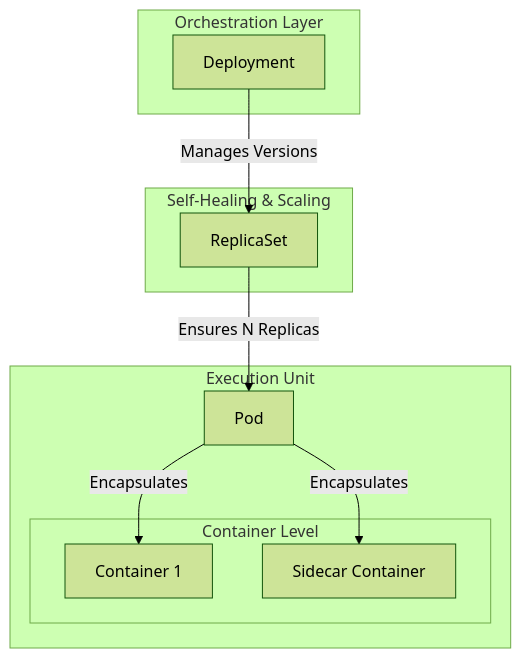
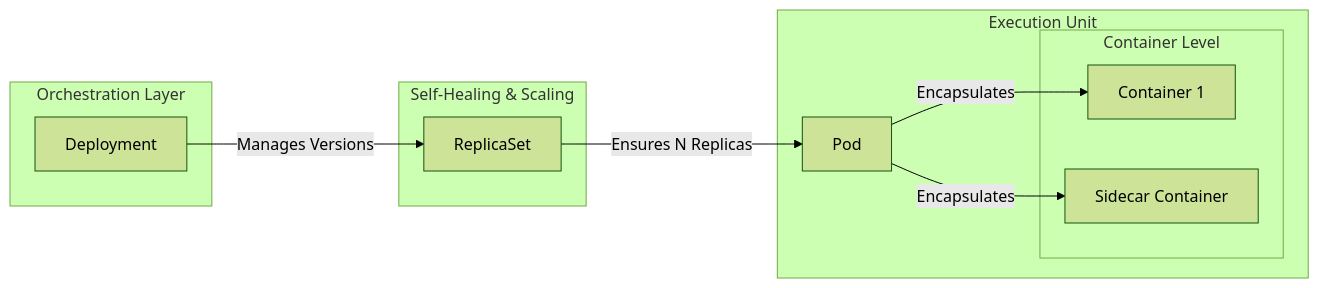
The first of 8 diagrams in 02-pods-fundamentals/2.1_Pod_Basics.md (Aravind-devops-1/devops_ganesh), drawn with Mermaid (forest theme) before and after one commit.

Commit message:
Change flowchart direction from TD to LR

````diff
--- a/02-pods-fundamentals/2.1_Pod_Basics.md
+++ b/02-pods-fundamentals/2.1_Pod_Basics.md
@@ -15,27 +15,27 @@
 ```mermaid
-flowchart TD
+flowchart LR
     linkStyle default interpolate basis
 
     subgraph Control_Plane [Orchestration Layer]
         A[Deployment]
     end
 
     subgraph Scaling_Layer [Self-Healing & Scaling]
         B[ReplicaSet]
     end
 
     subgraph Workload_Layer [Execution Unit]
         C[Pod]
         
         subgraph Runtime_Layer [Container Level]
             D[Container 1]
             E[Sidecar Container]
         end
     end
 
     %% Ownership Flow
     A -- "Manages Versions" --> B
     B -- "Ensures N Replicas" --> C
     C -- "Encapsulates" --> D
     C -- "Encapsulates" --> E
 ```
````
